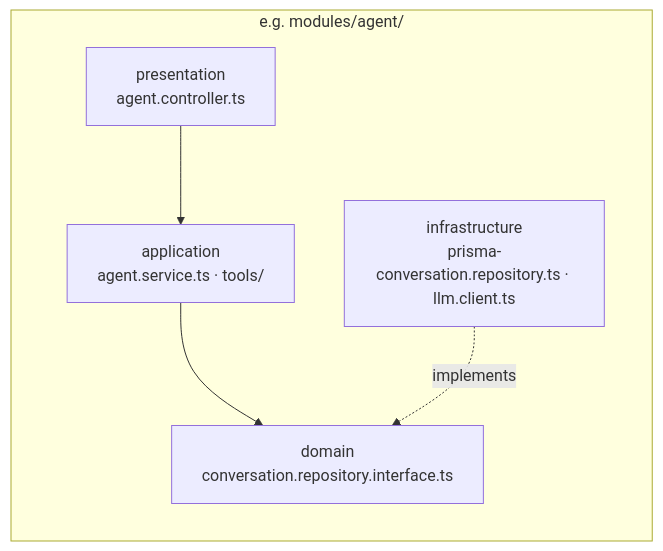
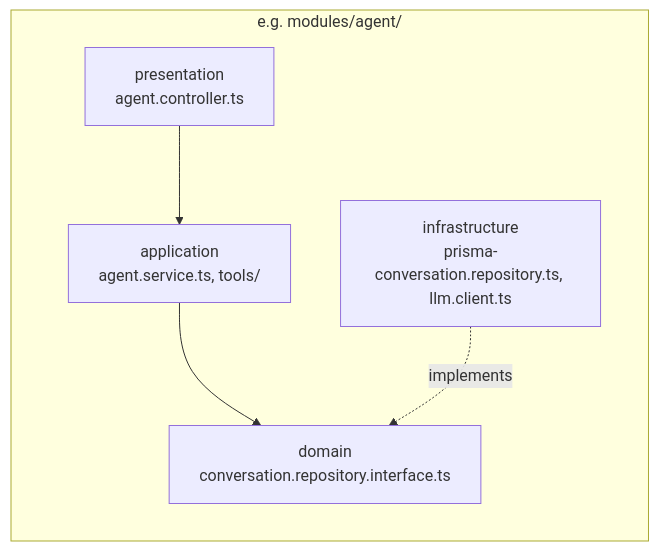
One commit to SakuLabs/saku-backend changed the second of 4 diagrams in docs/ARCHITECTURE.md. Above: the diagram before and after it, drawn with Mermaid. The commit also changed other lines of this file, not shown here.

First line of the commit message:
docs: quote mermaid node labels to fix GitHub render error

````diff
--- a/docs/ARCHITECTURE.md
+++ b/docs/ARCHITECTURE.md
@@ -72,8 +72,8 @@
 ```mermaid
 graph LR
     subgraph Module["e.g. modules/agent/"]
-        P[presentation<br/>agent.controller.ts] --> A[application<br/>agent.service.ts · tools/]
-        A --> D[domain<br/>conversation.repository.interface.ts]
-        I[infrastructure<br/>prisma-conversation.repository.ts · llm.client.ts] -. implements .-> D
+        P["presentation<br/>agent.controller.ts"] --> A["application<br/>agent.service.ts, tools/"]
+        A --> D["domain<br/>conversation.repository.interface.ts"]
+        I["infrastructure<br/>prisma-conversation.repository.ts, llm.client.ts"] -. implements .-> D
     end
 ```
````
